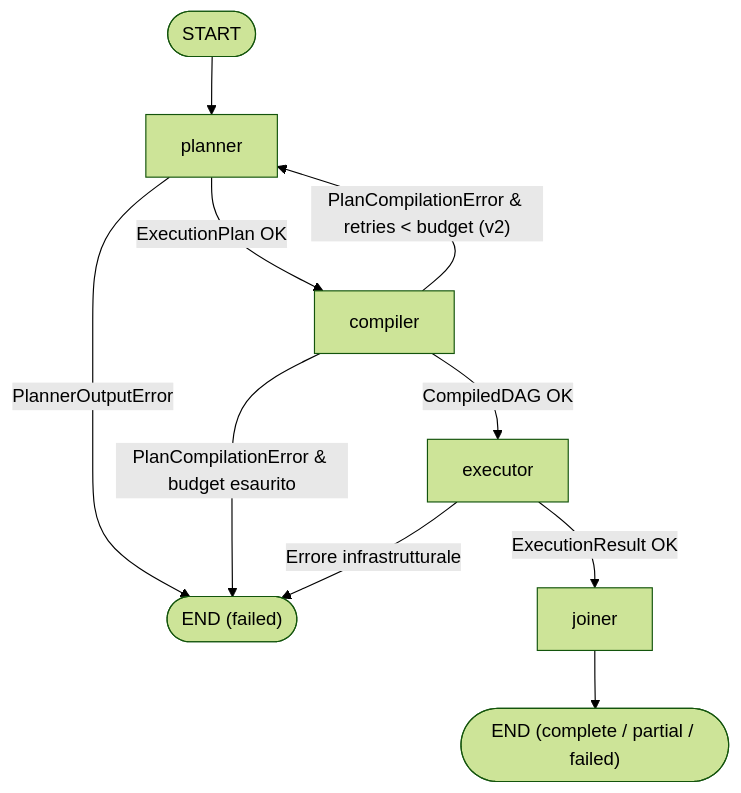
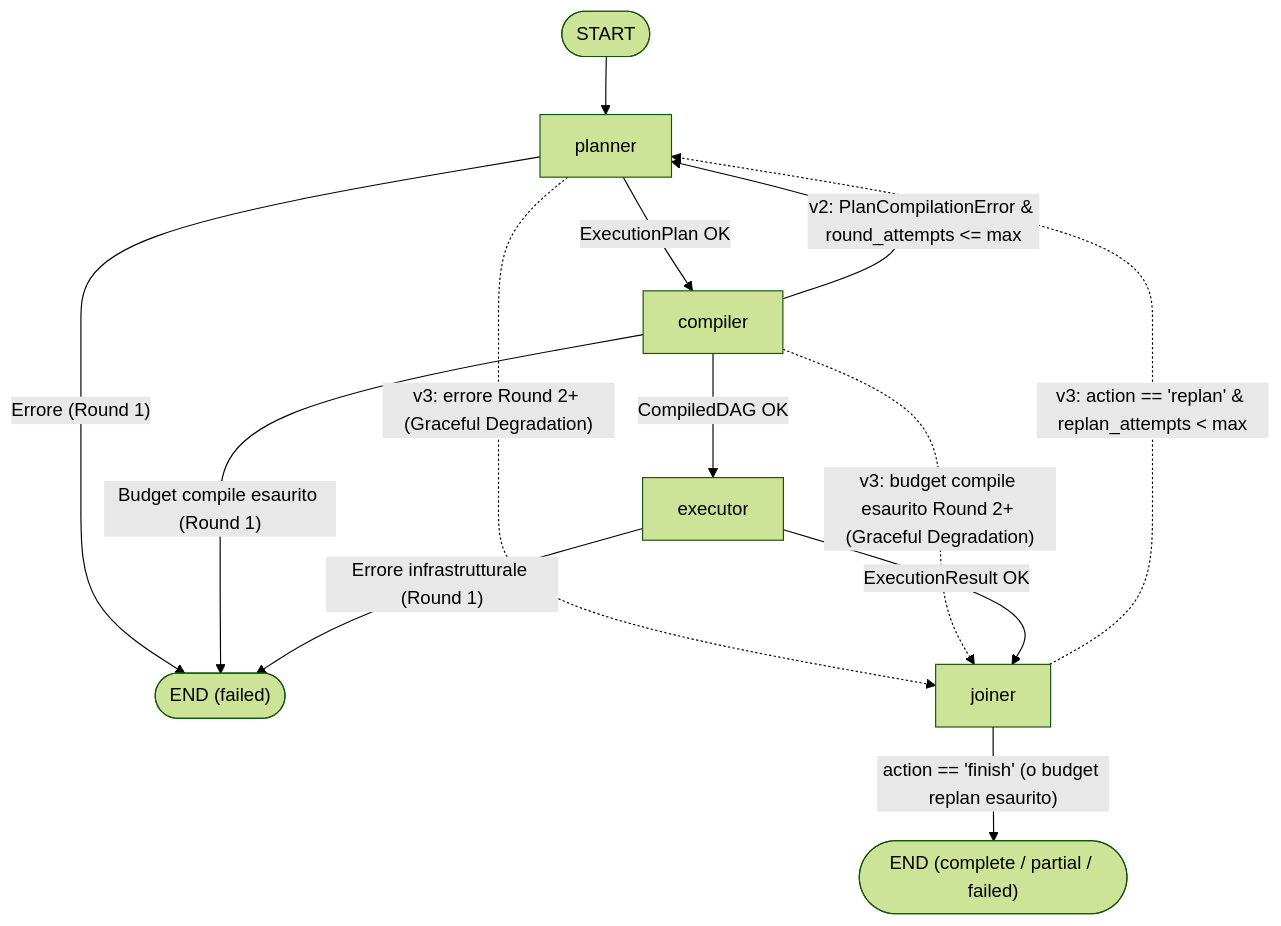
One commit to patatabollente/LLM-compiler-Langgraph changed the second of 2 diagrams in README.md. Above: the diagram before and after it, drawn with Mermaid (forest theme). The commit also changed other lines of this file and 12 other files, not shown here.

First line of the commit message:
feat(v3): implement runtime replanning (joiner -> planner) with graceful degradation

````diff
--- a/README.md
+++ b/README.md
@@ -518,12 +524,15 @@
 ```mermaid
 flowchart TD
     START(["START"]) --> P["planner"]
     P -->|"ExecutionPlan OK"| C["compiler"]
-    P -->|"PlannerOutputError"| END_ERR(["END (failed)"])
+    P -->|"Errore (Round 1)"| END_ERR(["END (failed)"])
+    P -. "v3: errore Round 2+ (Graceful Degradation)" .-> J["joiner"]
     C -->|"CompiledDAG OK"| E["executor"]
-    C -->|"PlanCompilationError & retries < budget (v2)"| P
-    C -->|"PlanCompilationError & budget esaurito"| END_ERR
-    E -->|"ExecutionResult OK"| J["joiner"]
-    E -->|"Errore infrastrutturale"| END_ERR
-    J --> END_OK(["END (complete / partial / failed)"])
+    C -->|"v2: PlanCompilationError & round_attempts <= max"| P
+    C -->|"Budget compile esaurito (Round 1)"| END_ERR
+    C -. "v3: budget compile esaurito Round 2+ (Graceful Degradation)" .-> J
+    E -->|"ExecutionResult OK"| J
+    E -->|"Errore infrastrutturale (Round 1)"| END_ERR
+    J -->|"action == 'finish' (o budget replan esaurito)"| END_OK(["END (complete / partial / failed)"])
+    J -. "v3: action == 'replan' & replan_attempts < max" .-> P
 ```
````
